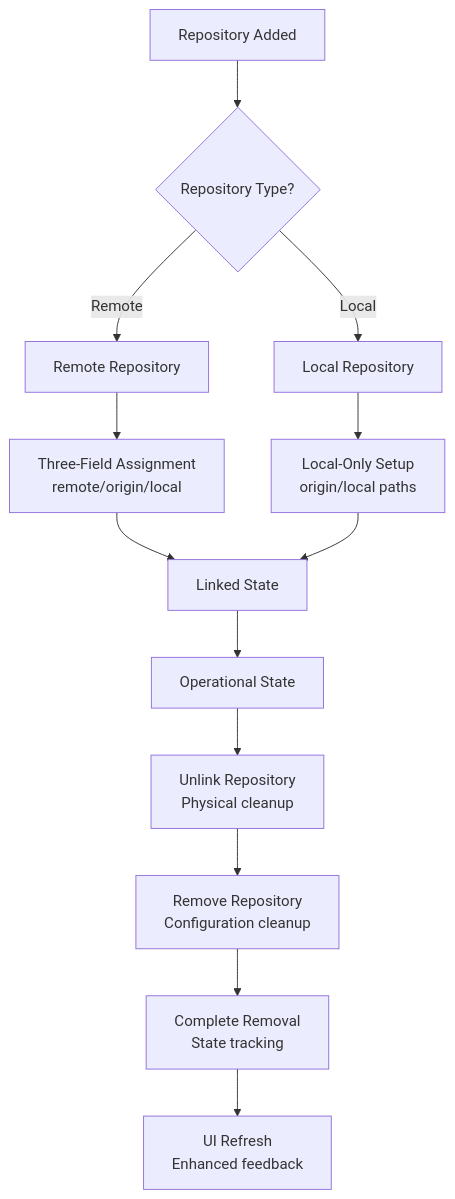
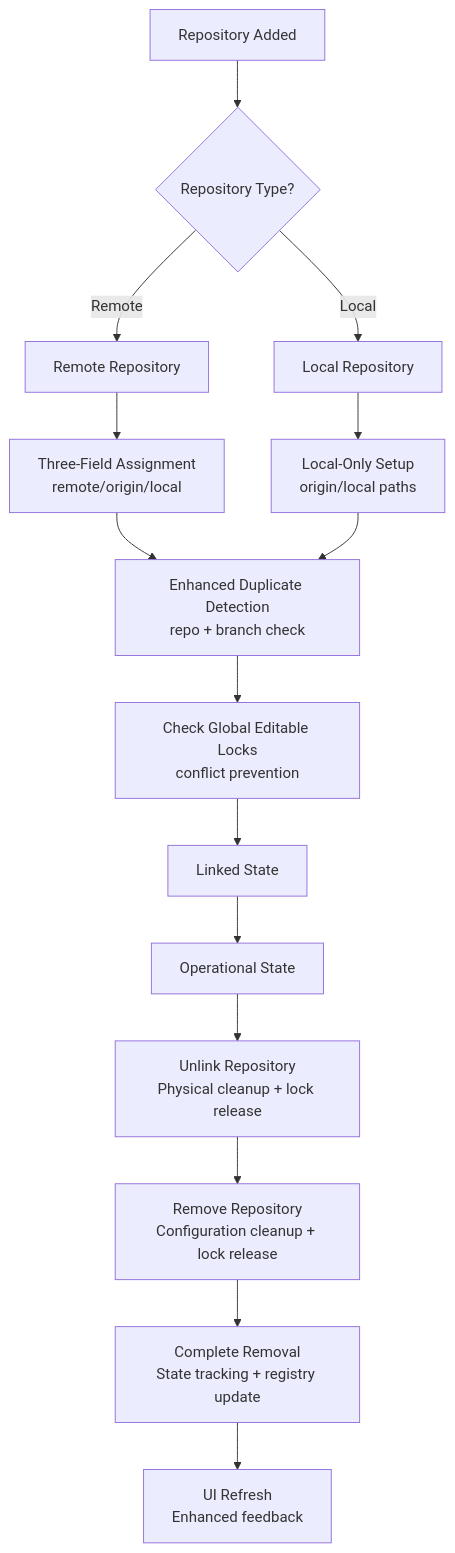
One commit to HWH-2019/vdw changed the third of 4 diagrams in .qoder/repowiki/en/content/Core Features Documentation/Workspace Configuration Management (.vdwrc).md. Above: the diagram before and after it, drawn with Mermaid. The commit also changed other lines of this file and 6 other files, not shown here.

````diff
--- a/.qoder/repowiki/en/content/Core Features Documentation/Workspace Configuration Management (.vdwrc).md
+++ b/.qoder/repowiki/en/content/Core Features Documentation/Workspace Configuration Management (.vdwrc).md
@@ -334,15 +362,17 @@
 ```mermaid
 flowchart TD
 A["Repository Added"] --> B{"Repository Type?"}
 B --> |Remote| C["Remote Repository"]
 B --> |Local| D["Local Repository"]
 C --> E["Three-Field Assignment<br/>remote/origin/local"]
 D --> F["Local-Only Setup<br/>origin/local paths"]
-E --> G["Linked State"]
+E --> G["Enhanced Duplicate Detection<br/>repo + branch check"]
 F --> G
-G --> H["Operational State"]
-H --> I["Unlink Repository<br/>Physical cleanup"]
-I --> J["Remove Repository<br/>Configuration cleanup"]
-J --> K["Complete Removal<br/>State tracking"]
-K --> L["UI Refresh<br/>Enhanced feedback"]
+G --> H["Check Global Editable Locks<br/>conflict prevention"]
+H --> I["Linked State"]
+I --> J["Operational State"]
+J --> K["Unlink Repository<br/>Physical cleanup + lock release"]
+K --> L["Remove Repository<br/>Configuration cleanup + lock release"]
+L --> M["Complete Removal<br/>State tracking + registry update"]
+M --> N["UI Refresh<br/>Enhanced feedback"]
 ```
````
